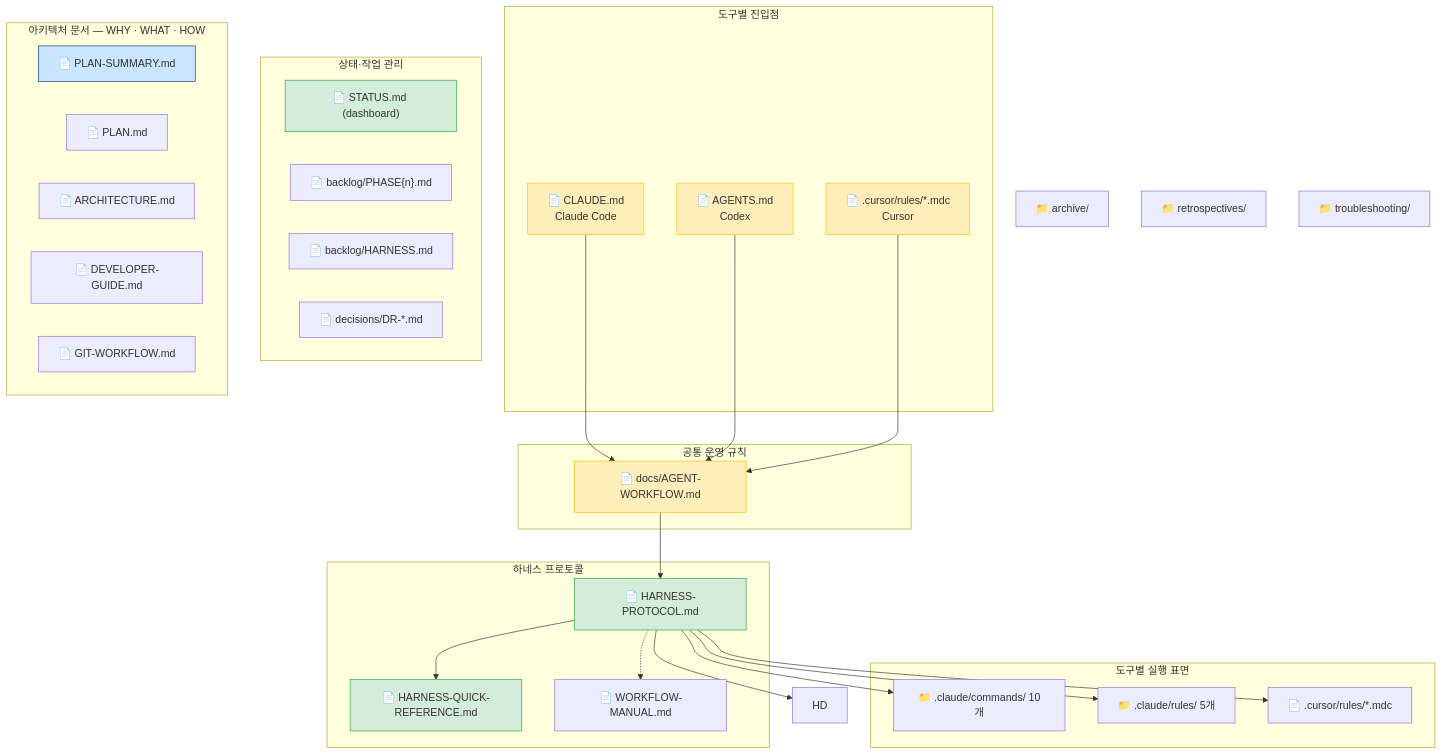
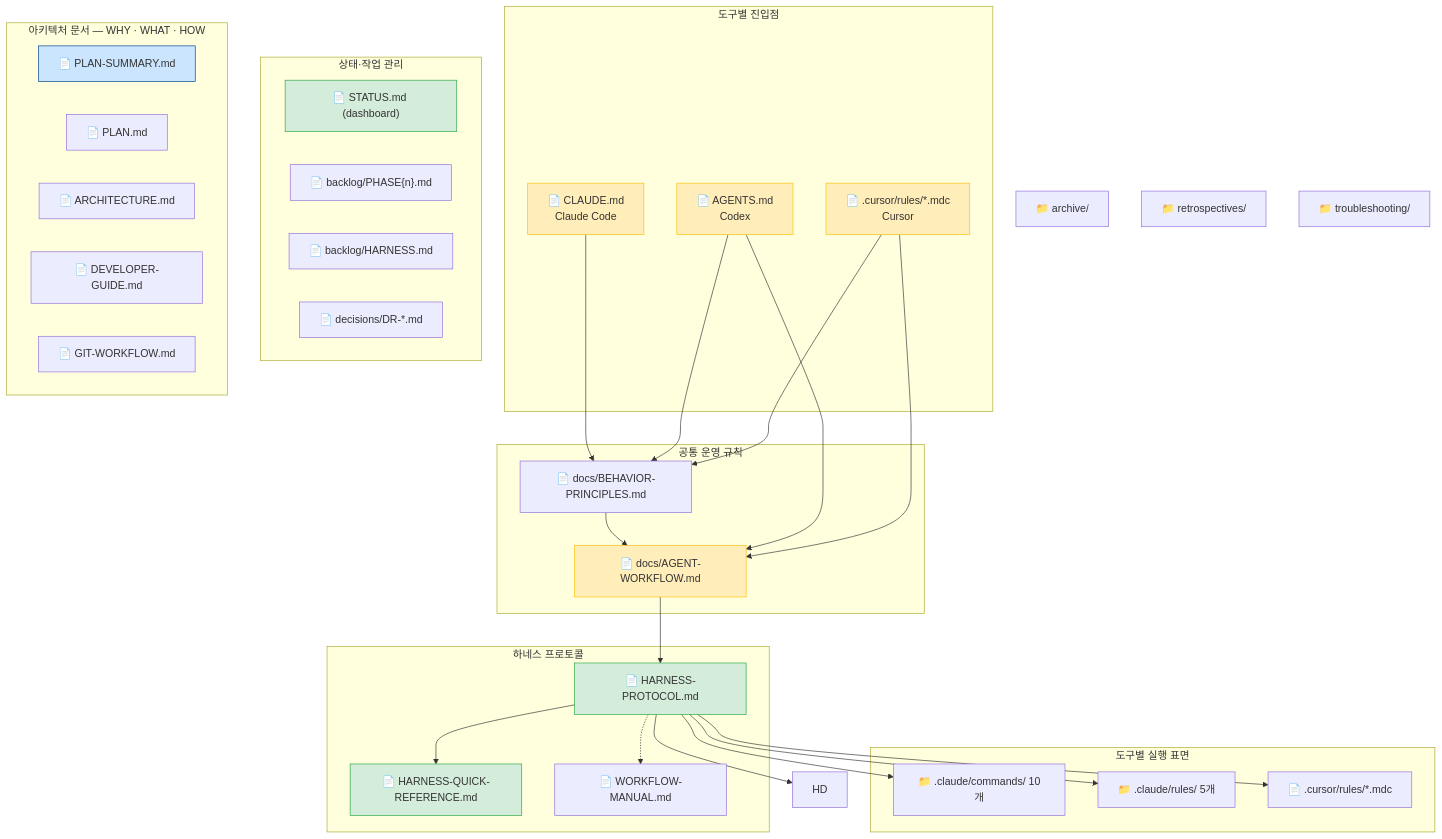
Before and after one commit to kyungseo/ai-workflow-harness: the fifth of 14 diagrams in docs/WORKFLOW-MANUAL.md, drawn with Mermaid. The commit also changed other lines of this file and 11 other files, not shown here.

````diff
--- a/docs/WORKFLOW-MANUAL.md
+++ b/docs/WORKFLOW-MANUAL.md
@@ -203,63 +205,66 @@
 ```mermaid
 graph TD
     subgraph ENTRY ["도구별 진입점"]
         CR["📄 CLAUDE.md\nClaude Code"]
         AG["📄 AGENTS.md\nCodex"]
         CU["📄 .cursor/rules/*.mdc\nCursor"]
     end
 
     subgraph SHARED ["공통 운영 규칙"]
+        BP["📄 docs/BEHAVIOR-PRINCIPLES.md"]
         CD["📄 docs/AGENT-WORKFLOW.md"]
     end
 
     subgraph HARNESS ["하네스 프로토콜"]
         HP["📄 HARNESS-PROTOCOL.md"]
         HQ["📄 HARNESS-QUICK-REFERENCE.md"]
         WM["📄 WORKFLOW-MANUAL.md"]
     end
 
     subgraph TOOLS ["도구별 실행 표면"]
         CMD["📁 .claude/commands/ 10개"]
         RULE["📁 .claude/rules/ 5개"]
         CUR_R["📄 .cursor/rules/*.mdc"]
     end
 
     subgraph LIVE ["상태·작업 관리"]
         ST["📄 STATUS.md (dashboard)"]
         BL["📄 backlog/PHASE{n}.md"]
         HB["📄 backlog/HARNESS.md"]
         DR_N["📄 decisions/DR-*.md"]
     end
 
     subgraph ADOCS ["아키텍처 문서 — WHY · WHAT · HOW"]
         PS["📄 PLAN-SUMMARY.md"]
         PL["📄 PLAN.md"]
         AR["📄 ARCHITECTURE.md"]
         DG["📄 DEVELOPER-GUIDE.md"]
         GW["📄 GIT-WORKFLOW.md"]
     end
 
     ARC2["📁 archive/"]
     RETRO2["📁 retrospectives/"]
     TROUBLE2["📁 troubleshooting/"]
 
-    CR --> CD
+    CR --> BP --> CD
+    AG --> BP
     AG --> CD
+    CU --> BP
     CU --> CD
     CD --> HP
     HP --> HQ
     HP --> HD
     HP --> CMD
     HP --> RULE
     HP --> CUR_R
     HP -.-> WM
 
     style CR fill:#ffeeba,stroke:#ffc107
     style AG fill:#ffeeba,stroke:#ffc107
     style CU fill:#ffeeba,stroke:#ffc107
     style CD fill:#ffeeba,stroke:#ffc107
     style ST fill:#d4edda,stroke:#28a745
     style HP fill:#d4edda,stroke:#28a745
     style HQ fill:#d4edda,stroke:#28a745
     style PS fill:#cce5ff,stroke:#004085
 ```
````
